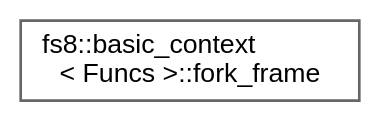
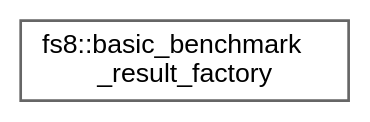
One commit to the-moisrex/foresight changed the diagram in api/inherit_graph_16.dot. Above: the diagram before and after it, drawn with Graphviz. The commit also changed 268 other files, not shown here.

```diff
--- a/api/inherit_graph_16.dot
+++ b/api/inherit_graph_16.dot
@@ -1,9 +1,9 @@
 digraph "Graphical Class Hierarchy"
 {
  // LATEX_PDF_SIZE
   bgcolor="transparent";
   edge [fontname=Helvetica,fontsize=10,labelfontname=Helvetica,labelfontsize=10];
   node [fontname=Helvetica,fontsize=10,shape=box,height=0.2,width=0.4];
   rankdir="LR";
-  Node0 [id="Node000000",label="fs8::basic_context\l\< Funcs \>::fork_frame",height=0.2,width=0.4,color="grey40", fillcolor="white", style="filled",URL="$structfs8_1_1basic__context_1_1fork__frame.html",tooltip="A frame on the fork stack: tracks which mods tuple to iterate and where to start."];
+  Node0 [id="Node000000",label="fs8::basic_benchmark\l_result_factory",height=0.2,width=0.4,color="grey40", fillcolor="white", style="filled",URL="$structfs8_1_1basic__benchmark__result__factory.html",tooltip=" "];
 }
```
